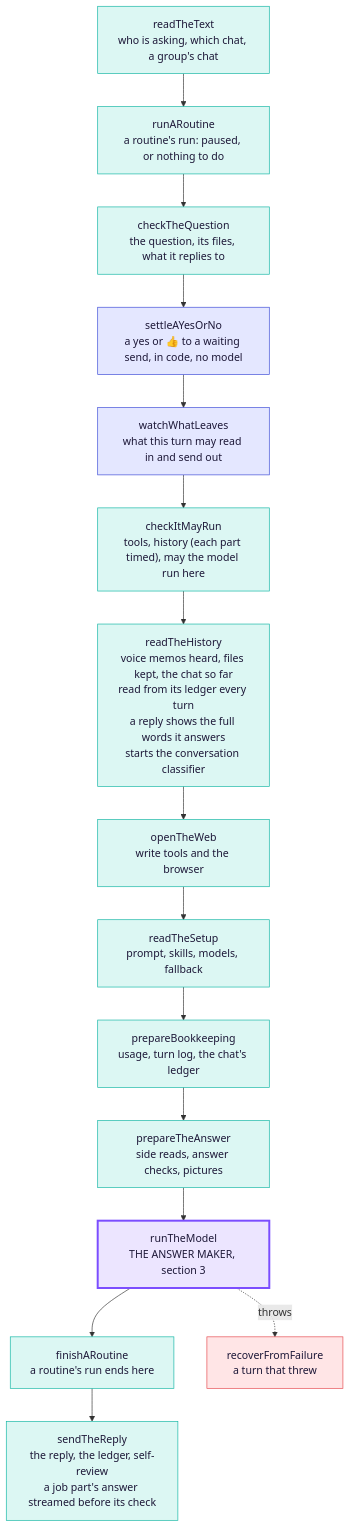
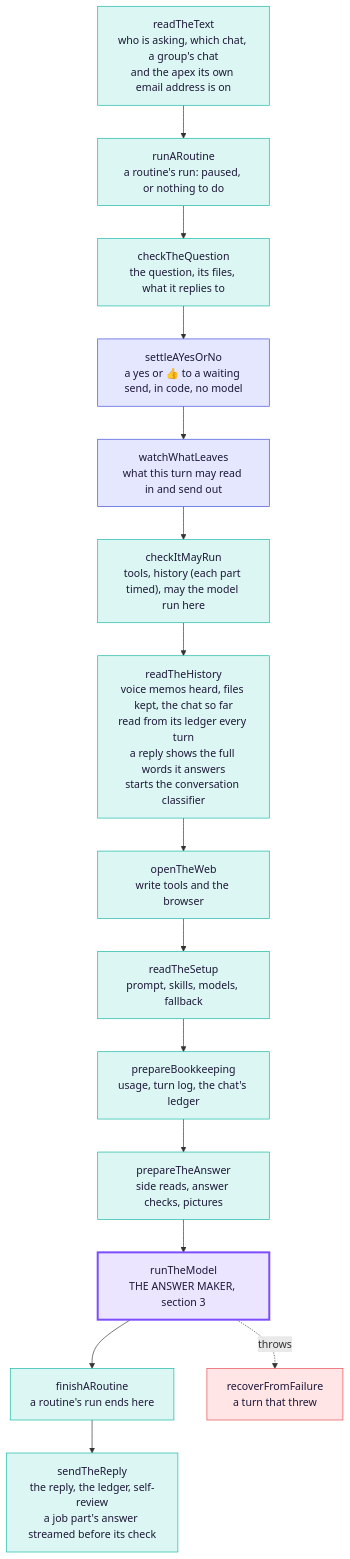
Before and after one commit to Supa-Media/context: the second of 3 diagrams in docs/architecture/tex.md, drawn with Mermaid. The commit also changed other lines of this file and 23 other files, not shown here.

First line of the commit message:
Give each Tex group chat its own email address (#3120)

````diff
--- a/docs/architecture/tex.md
+++ b/docs/architecture/tex.md
@@ -81,24 +81,24 @@
 ```mermaid
 flowchart TB
-  readTheText["readTheText<br/>who is asking, which chat, a group's chat"]:::step
+  readTheText["readTheText<br/>who is asking, which chat, a group's chat<br/>and the apex its own email address is on"]:::step
   runARoutine["runARoutine<br/>a routine's run: paused, or nothing to do"]:::step
   checkTheQuestion["checkTheQuestion<br/>the question, its files, what it replies to"]:::step
   settleAYesOrNo["settleAYesOrNo<br/>a yes or 👍 to a waiting send, in code, no model"]:::rail
   watchWhatLeaves["watchWhatLeaves<br/>what this turn may read in and send out"]:::rail
   checkItMayRun["checkItMayRun<br/>tools, history (each part timed), may the model run here"]:::step
   readTheHistory["readTheHistory<br/>voice memos heard, files kept, the chat so far<br/>read from its ledger every turn<br/>a reply shows the full words it answers<br/>starts the conversation classifier"]:::step
   openTheWeb["openTheWeb<br/>write tools and the browser"]:::step
   readTheSetup["readTheSetup<br/>prompt, skills, models, fallback"]:::step
   prepareBookkeeping["prepareBookkeeping<br/>usage, turn log, the chat's ledger"]:::step
   prepareTheAnswer["prepareTheAnswer<br/>side reads, answer checks, pictures"]:::step
   runTheModel["runTheModel<br/>THE ANSWER MAKER, section 3"]:::model
   finishARoutine["finishARoutine<br/>a routine's run ends here"]:::step
   sendTheReply["sendTheReply<br/>the reply, the ledger, self-review<br/>a job part's answer streamed before its check"]:::step
   recoverFromFailure["recoverFromFailure<br/>a turn that threw"]:::fail
   readTheText --> runARoutine --> checkTheQuestion --> settleAYesOrNo --> watchWhatLeaves --> checkItMayRun --> readTheHistory --> openTheWeb --> readTheSetup --> prepareBookkeeping --> prepareTheAnswer --> runTheModel --> finishARoutine --> sendTheReply
   runTheModel -. throws .-> recoverFromFailure
   classDef step fill:#dcf7f3,stroke:#11b5a4,color:#1d1838
   classDef rail fill:#e4e7ff,stroke:#3c4bd6,color:#1d1838
   classDef model fill:#ece5ff,stroke:#7b4dff,stroke-width:3px,color:#1d1838
   classDef fail fill:#ffe5e6,stroke:#e5484d,color:#1d1838
 ```
````
